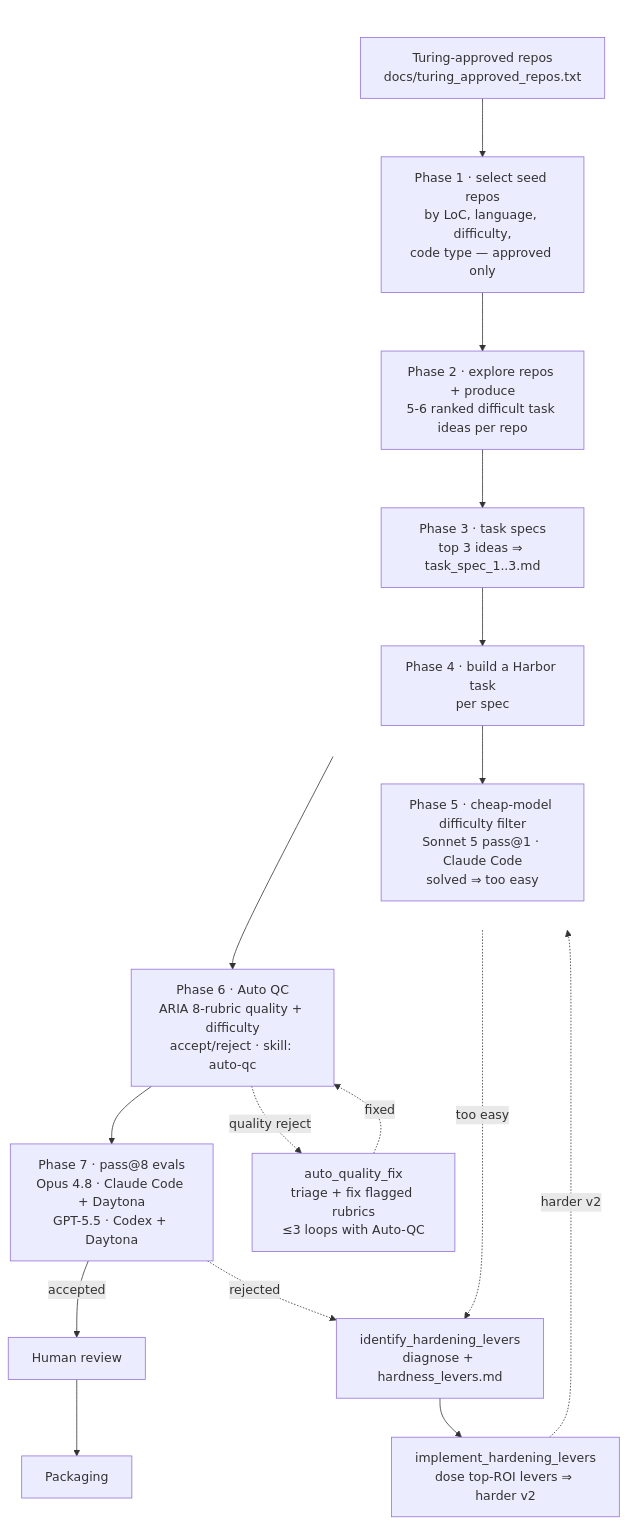
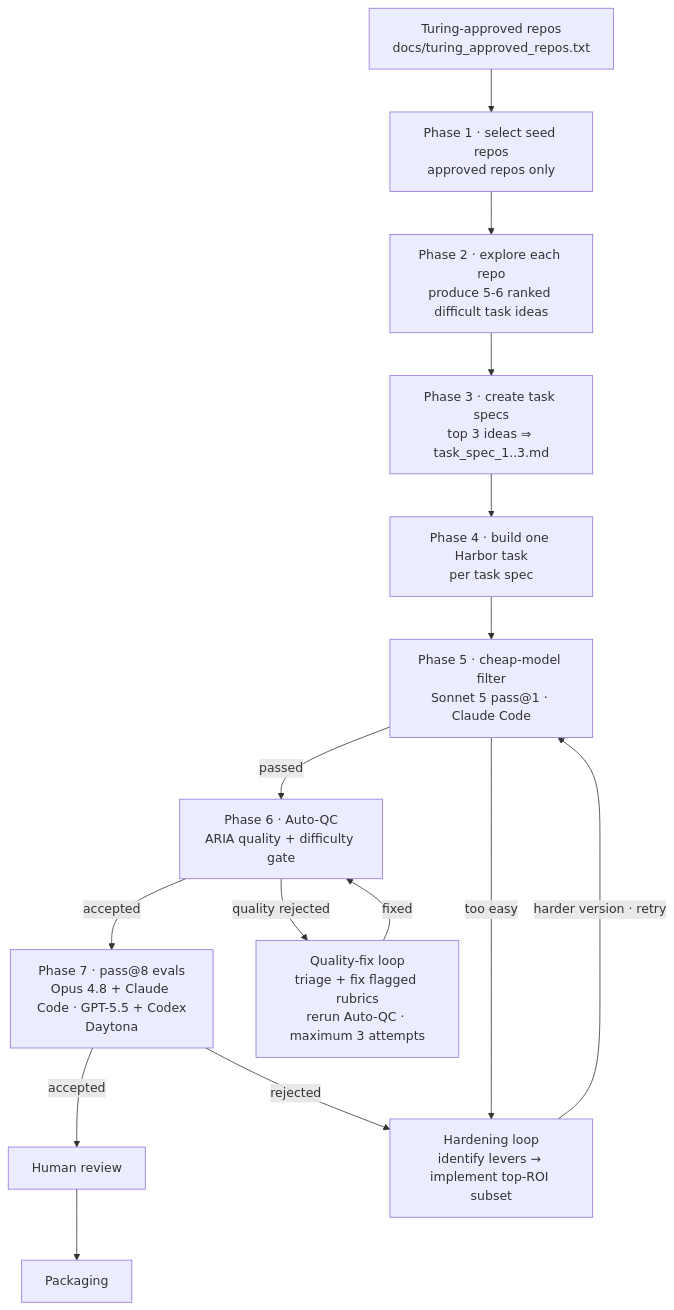
The diagram in README.md (vivekp-turing/dataset_task_creation), drawn with Mermaid before and after one commit.

Commit message:
small improvements

````diff
--- a/README.md
+++ b/README.md
@@ -79,22 +79,26 @@
 ```mermaid
-flowchart TD
-    subgraph CORE[" "]
-        direction TB
-        A[Turing-approved repos<br/>docs/turing_approved_repos.txt] --> B[Phase 1 · select seed repos<br/>by LoC, language, difficulty,<br/>code type — approved only]
-        B --> C[Phase 2 · explore repos + produce<br/>5-6 ranked difficult task ideas per repo]
-        C --> E[Phase 3 · task specs<br/>top 3 ideas ⇒ task_spec_1..3.md]
-        E --> F[Phase 4 · build a Harbor task<br/>per spec]
-        F --> G[Phase 5 · cheap-model difficulty filter<br/>Sonnet 5 pass@1 · Claude Code<br/>solved ⇒ too easy]
-    end
-    style CORE fill:none,stroke:none
-    G --> H[Phase 6 · Auto QC<br/>ARIA 8-rubric quality + difficulty<br/>accept/reject · skill: auto-qc]
-    H --> I[Phase 7 · pass@8 evals<br/>Opus 4.8 · Claude Code + Daytona<br/>GPT-5.5 · Codex + Daytona]
-    I -->|accepted| HR[Human review]
-    HR --> PK[Packaging]
-    G -.too easy.-> Z1[identify_hardening_levers<br/>diagnose + hardness_levers.md]
-    I -.rejected.-> Z1
-    Z1 --> Z2[implement_hardening_levers<br/>dose top-ROI levers ⇒ harder v2]
-    Z2 -.harder v2.-> G
-    H -.quality reject.-> Q[auto_quality_fix<br/>triage + fix flagged rubrics<br/>≤3 loops with Auto-QC]
-    Q -.fixed.-> H
+%%{init: {"flowchart": {"curve": "basis", "nodeSpacing": 55, "rankSpacing": 55}}}%%
+flowchart TB
+    A[Turing-approved repos<br/>docs/turing_approved_repos.txt]
+    P1[Phase 1 · select seed repos<br/>approved repos only]
+    P2[Phase 2 · explore each repo<br/>produce 5-6 ranked difficult task ideas]
+    P3[Phase 3 · create task specs<br/>top 3 ideas ⇒ task_spec_1..3.md]
+    P4[Phase 4 · build one Harbor task<br/>per task spec]
+    P5[Phase 5 · cheap-model filter<br/>Sonnet 5 pass@1 · Claude Code]
+    P6[Phase 6 · Auto-QC<br/>ARIA quality + difficulty gate]
+    P7[Phase 7 · pass@8 evals<br/>Opus 4.8 + Claude Code · GPT-5.5 + Codex<br/>Daytona]
+    HR[Human review]
+    PK[Packaging]
+
+    A --> P1 --> P2 --> P3 --> P4 --> P5
+    P5 -->|passed| P6
+    P6 -->|accepted| P7
+    P7 -->|accepted| HR --> PK
+
+    P6 -->|quality rejected| QF[Quality-fix loop<br/>triage + fix flagged rubrics<br/>rerun Auto-QC · maximum 3 attempts]
+    QF -->|fixed| P6
+
+    P5 -->|too easy| HD[Hardening loop<br/>identify levers → implement top-ROI subset]
+    P7 -->|rejected| HD
+    HD -->|harder version · retry| P5
 ```
````
